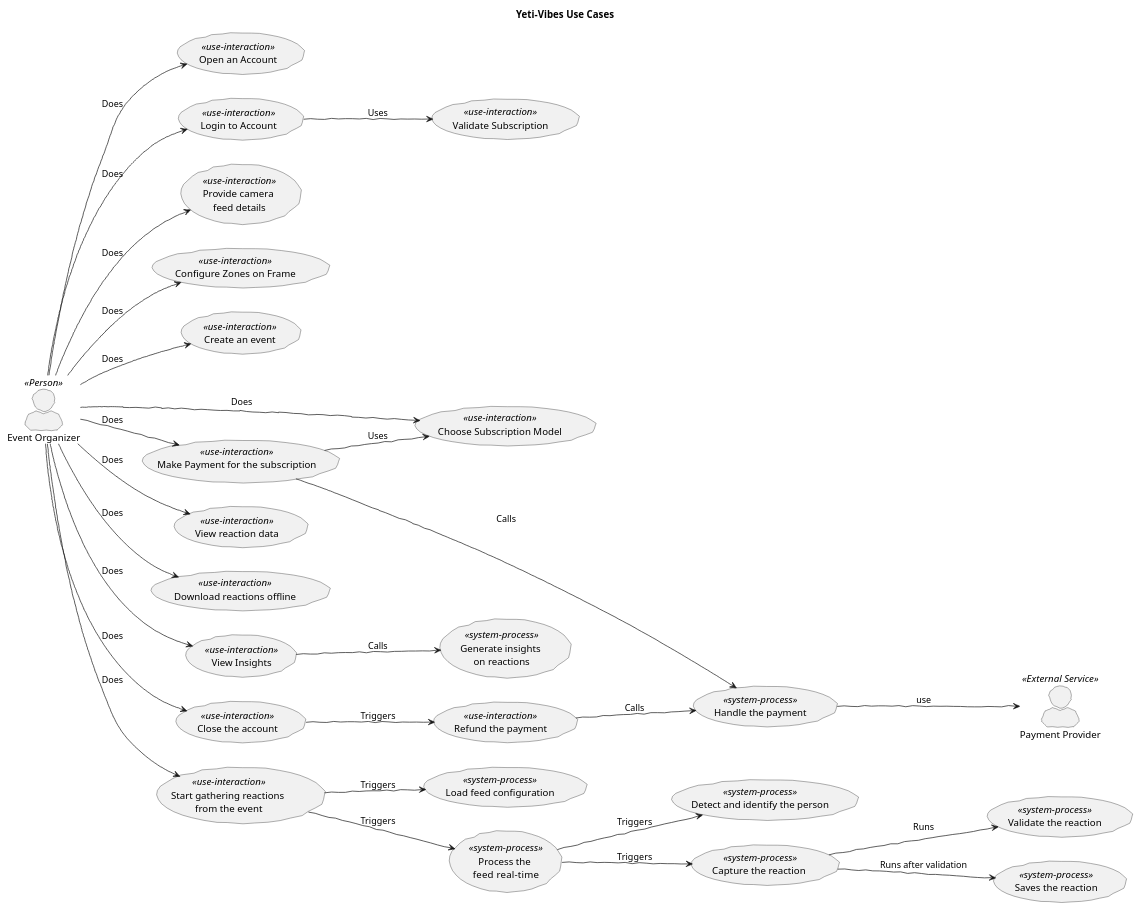
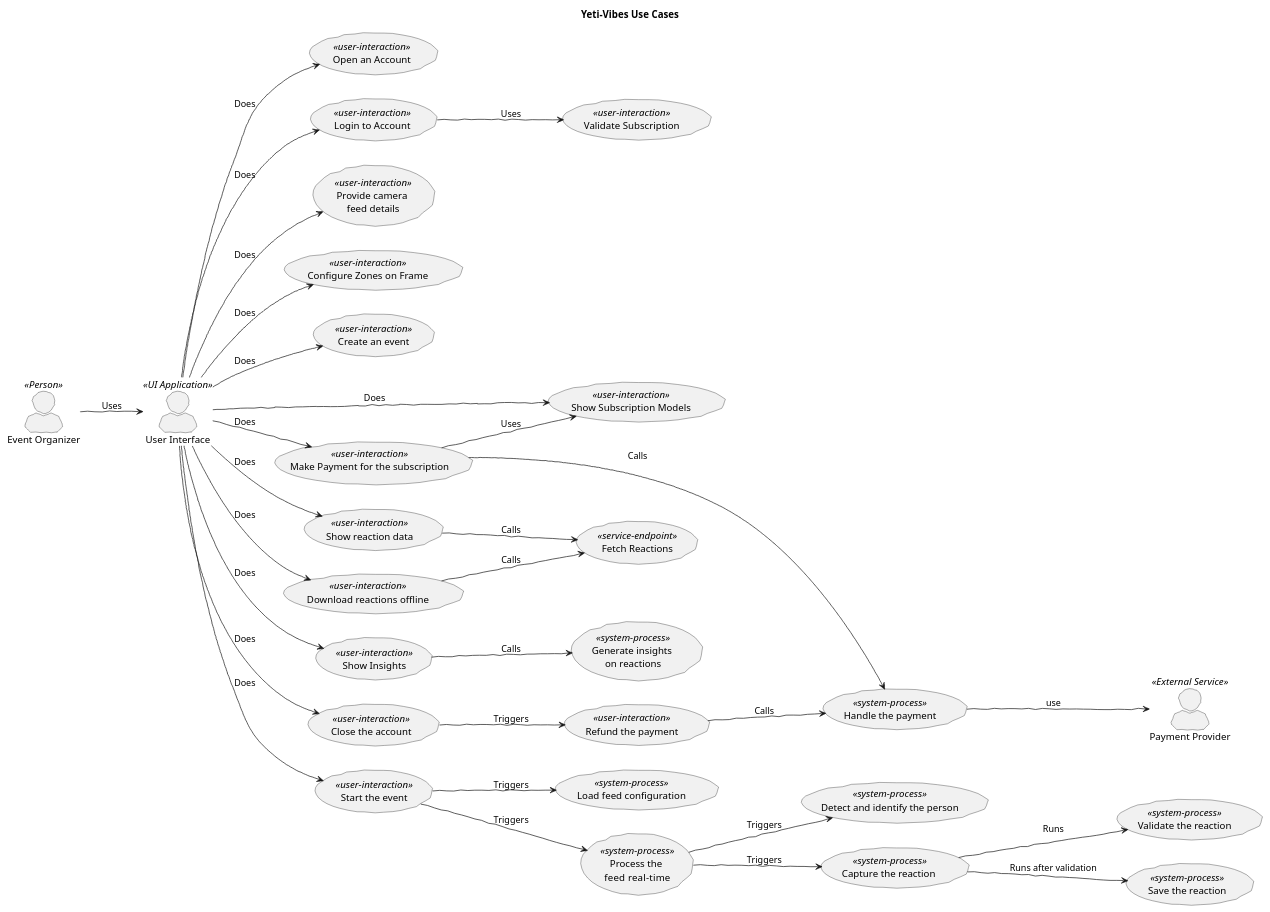
The diagram in docs/diagrams/src/yeti-vibes-use-cases.puml (backendkolawole/yeti-crowd-insights), drawn with PlantUML before and after one commit. The commit also changed 2 other files, not shown here.

```diff
--- a/docs/diagrams/src/yeti-vibes-use-cases.puml
+++ b/docs/diagrams/src/yeti-vibes-use-cases.puml
@@ -1,74 +1,79 @@
 @startuml yeti_vibes_use_case_diagram
 title "Yeti-Vibes Use Cases"
 
 ' Layout settings
 skinparam actorStyle awesome
 skinparam handwritten true
 left to right direction
 
 ' Actor definitions
 actor :Event Organizer: as Client <<Person>>
+actor :User Interface: as UI <<UI Application>>
 actor :Payment Provider: as PaymentProvider <<External Service>>
 
 ' Client interaction use cases
 'rectangle Client_Interactions {
-    usecase OpenAccount as "Open an Account" <<use-interaction>>
-    usecase Login as "Login to Account" <<use-interaction>>
-    usecase ValidateSubscription as "Validate Subscription" <<use-interaction>>
-    usecase ConfigureCamera as "Provide camera \nfeed details" <<use-interaction>>
-    usecase ConfigureFrame as "Configure Zones on Frame" <<use-interaction>>
-    usecase CreateEvent as "Create an event" <<use-interaction>>
-    usecase ChooseSubscription as "Choose Subscription Model" <<use-interaction>>
-    usecase MakePayment as "Make Payment for the subscription" <<use-interaction>>
-    usecase ViewReactions as "View reaction data" <<use-interaction>>
-    usecase DownloadReactions as "Download reactions offline" <<use-interaction>>
-    usecase ViewInsights as "View Insights" <<use-interaction>>
-    usecase CloseAccount as "Close the account" <<use-interaction>>
-    usecase RefundPayment as "Refund the payment" <<use-interaction>>
-    usecase StartEvent as "Start gathering reactions \nfrom the event" <<use-interaction>>
+    usecase OpenAccount as "Open an Account" <<user-interaction>>
+    usecase Login as "Login to Account" <<user-interaction>>
+    usecase ValidateSubscription as "Validate Subscription" <<user-interaction>>
+    usecase ConfigureCamera as "Provide camera \nfeed details" <<user-interaction>>
+    usecase ConfigureFrame as "Configure Zones on Frame" <<user-interaction>>
+    usecase CreateEvent as "Create an event" <<user-interaction>>
+    usecase ShowSubscriptions as "Show Subscription Models" <<user-interaction>>
+    usecase MakePayment as "Make Payment for the subscription" <<user-interaction>>
+    usecase FetchReactions as "Fetch Reactions" <<service-endpoint>>
+    usecase ShowReactions as "Show reaction data" <<user-interaction>>
+    usecase DownloadReactions as "Download reactions offline" <<user-interaction>>
+    usecase ShowInsights as "Show Insights" <<user-interaction>>
+    usecase CloseAccount as "Close the account" <<user-interaction>>
+    usecase RefundPayment as "Refund the payment" <<user-interaction>>
+    usecase StartEvent as "Start the event" <<user-interaction>>
 '}
 
 
 ' System process use cases
 'rectangle System_Interactions {
     usecase LoadConfiguration as "Load feed configuration" <<system-process>>
     usecase ProcessFeed as "Process the \nfeed  real-time" <<system-process>>
     usecase IdentifyPerson as "Detect and identify the person" <<system-process>>
     usecase CaptureReaction as "Capture the reaction " <<system-process>>
     usecase ValidateReaction as "Validate the reaction" <<system-process>>
-    usecase SaveReaction as "Saves the reaction" <<system-process>>
+    usecase SaveReaction as "Save the reaction" <<system-process>>
     usecase GenerateInsights as "Generate insights \non reactions" <<system-process>>
     usecase HandlePayment as "Handle the payment" <<system-process>>
 '}
 
 ' Client interactions
-Client --> OpenAccount : Does
-Client --> Login : Does
+Client --> UI : Uses
+UI --> OpenAccount : Does
+UI --> Login : Does
 Login --> ValidateSubscription : Uses
-Client --> ConfigureCamera : Does
-Client --> ConfigureFrame : Does
-Client --> CreateEvent : Does
-Client --> ChooseSubscription : Does
-Client --> MakePayment : Does
-MakePayment --> ChooseSubscription : Uses
+UI --> ConfigureCamera : Does
+UI --> ConfigureFrame : Does
+UI --> CreateEvent : Does
+UI --> ShowSubscriptions : Does
+UI --> MakePayment : Does
+MakePayment --> ShowSubscriptions : Uses
 MakePayment --> HandlePayment : Calls
-Client --> StartEvent : Does
-Client --> ViewReactions : Does
-Client --> DownloadReactions : Does
-Client --> ViewInsights : Does
-ViewInsights --> GenerateInsights : Calls
-Client --> CloseAccount : Does
+UI --> StartEvent : Does
+UI --> ShowReactions : Does
+UI --> DownloadReactions : Does
+ShowReactions --> FetchReactions : Calls
+DownloadReactions --> FetchReactions : Calls
+UI --> ShowInsights : Does
+ShowInsights --> GenerateInsights : Calls
+UI --> CloseAccount : Does
 CloseAccount --> RefundPayment : Triggers
 RefundPayment --> HandlePayment : Calls
 
 
 ' System interactions
 StartEvent --> LoadConfiguration : Triggers
 StartEvent --> ProcessFeed : Triggers
 ProcessFeed --> IdentifyPerson : Triggers
 ProcessFeed --> CaptureReaction : Triggers
 CaptureReaction --> ValidateReaction : Runs
 CaptureReaction --> SaveReaction : Runs after validation
 HandlePayment --> PaymentProvider : use
 
 @enduml
```
